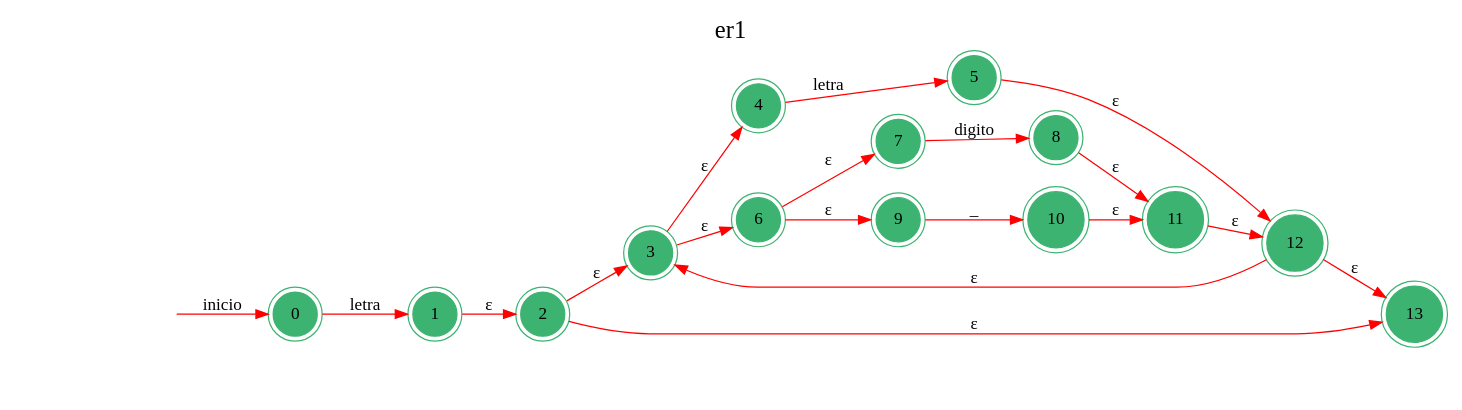
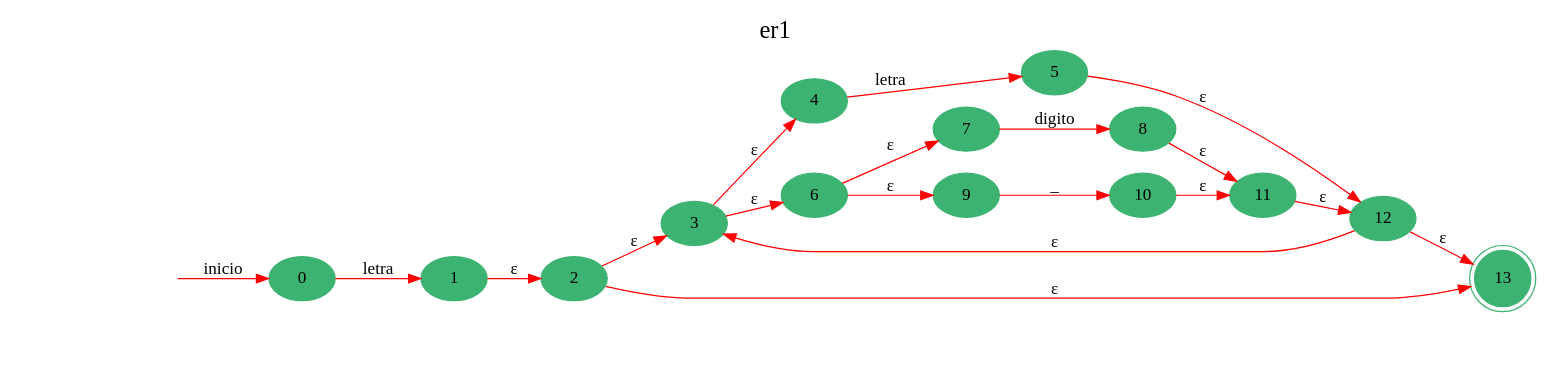
One commit to jmansilla-2014056/OCL1_1S_2019_201709396 changed the diagram in bin/Debug/er1.dot. Above: the diagram before and after it, drawn with Graphviz. The commit also changed 69 other files, not shown here.

```diff
--- a/bin/Debug/er1.dot
+++ b/bin/Debug/er1.dot
@@ -1,27 +1,27 @@
 digraph er1 {
 	rankdir=LR;
 	graph [label="er1", labelloc=t, fontsize=20]; 
-	node [shape=doublecircle, style = filled,color = mediumseagreen]; 0 1 2 3 4 5 6 7 8 9 10 11 12 13;
+	node [style = filled,color = mediumseagreen]; 0 1 2 3 4 5 6 7 8 9 10 11 12 13;
 	node [shape=circle];
 	node [color=midnightblue,fontcolor=white];
 	edge [color=red];
 	secret_node [style=invis];
 	secret_node -> 0 [label="inicio"];
 	0 -> 1 [label="letra"];
 	1 -> 2 [label="ε"];
 	2 -> 3 [label="ε"];
 	2 -> 13 [label="ε"];
 	3 -> 6 [label="ε"];
 	3 -> 4 [label="ε"];
 	4 -> 5 [label="letra"];
 	5 -> 12 [label="ε"];
 	6 -> 9 [label="ε"];
 	6 -> 7 [label="ε"];
 	7 -> 8 [label="digito"];
 	8 -> 11 [label="ε"];
 	9 -> 10 [label="_"];
 	10 -> 11 [label="ε"];
 	11 -> 12 [label="ε"];
 	12 -> 3 [label="ε"];
 	12 -> 13 [label="ε"];
-}
+13[shape=doublecircle]}
```
